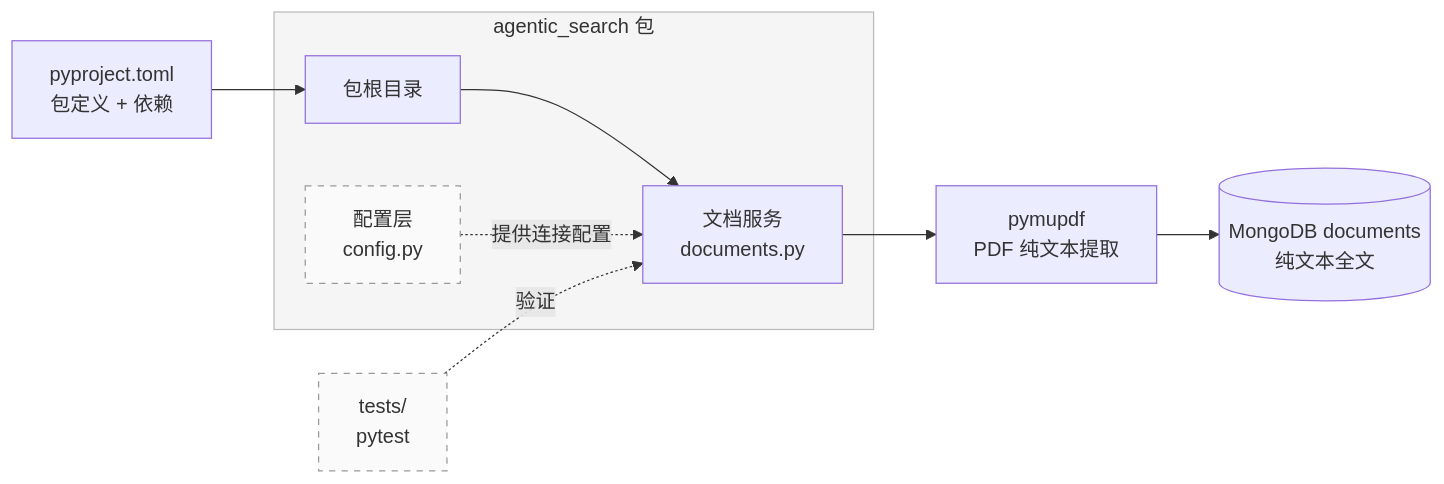
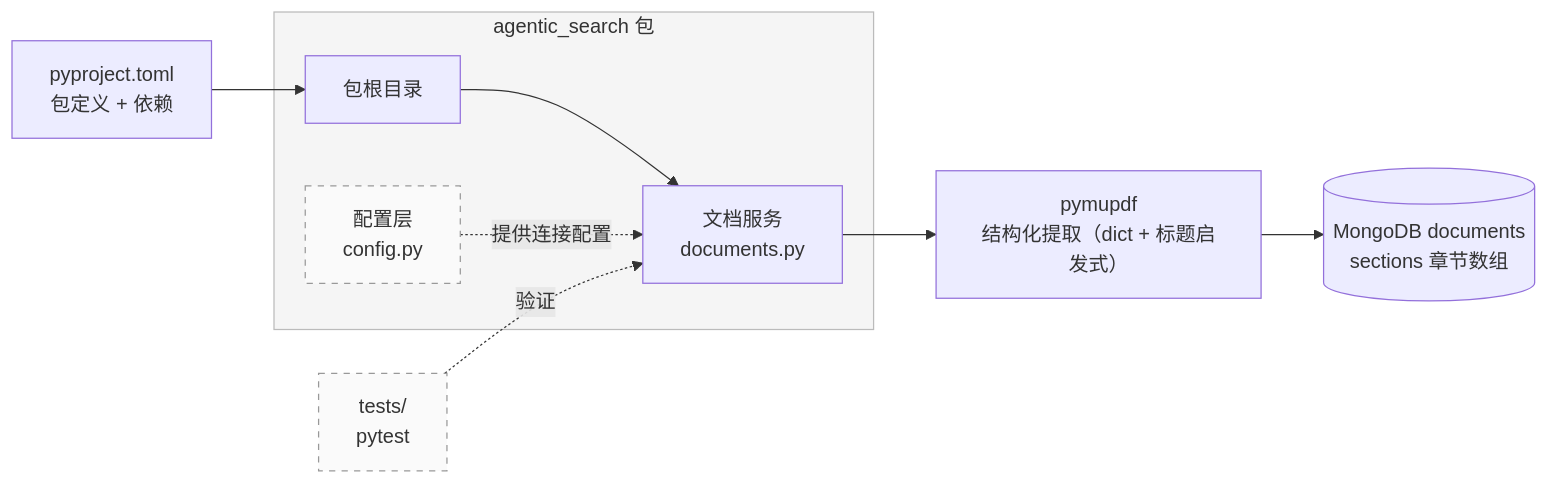
One commit to 00-DS/Agentic-Search changed the diagram in 任务文档/01-Python文档工具.md. Above: the diagram before and after it, drawn with Mermaid. The commit also changed other lines of this file, not shown here.

Commit message:
docs(01): parse_pdf 结构化提取（get_text dict + 标题启发式 + sections schema）

````diff
--- a/任务文档/01-Python文档工具.md
+++ b/任务文档/01-Python文档工具.md
@@ -95,17 +97,17 @@
 ```mermaid
 graph LR
     Pyproject["pyproject.toml<br/>包定义 + 依赖"] --> Pkg
     subgraph Box["agentic_search 包"]
         Pkg["包根目录"]
         Services["文档服务<br/>documents.py"]
         Core["配置层<br/>config.py"]
     end
     Pkg --> Services
-    Services --> Pymupdf["pymupdf<br/>PDF 纯文本提取"]
-    Pymupdf --> Docs[("MongoDB documents<br/>纯文本全文")]
+    Services --> Pymupdf["pymupdf<br/>结构化提取（dict + 标题启发式）"]
+    Pymupdf --> Docs[("MongoDB documents<br/>sections 章节数组")]
     Core -.->|"提供连接配置"| Services
     Tests["tests/<br/>pytest"] -.->|"验证"| Services
     classDef aux fill:#fafafa,stroke:#999,stroke-dasharray: 5 5
     class Core,Tests aux
     style Box fill:#f5f5f5,stroke:#bbb
 ```
````
